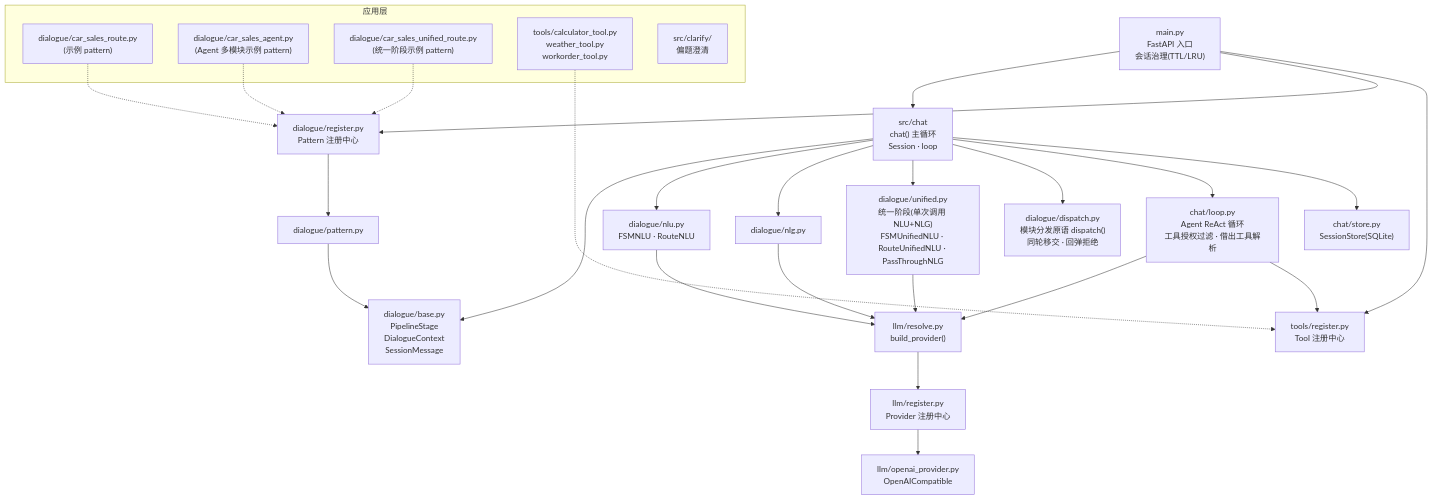
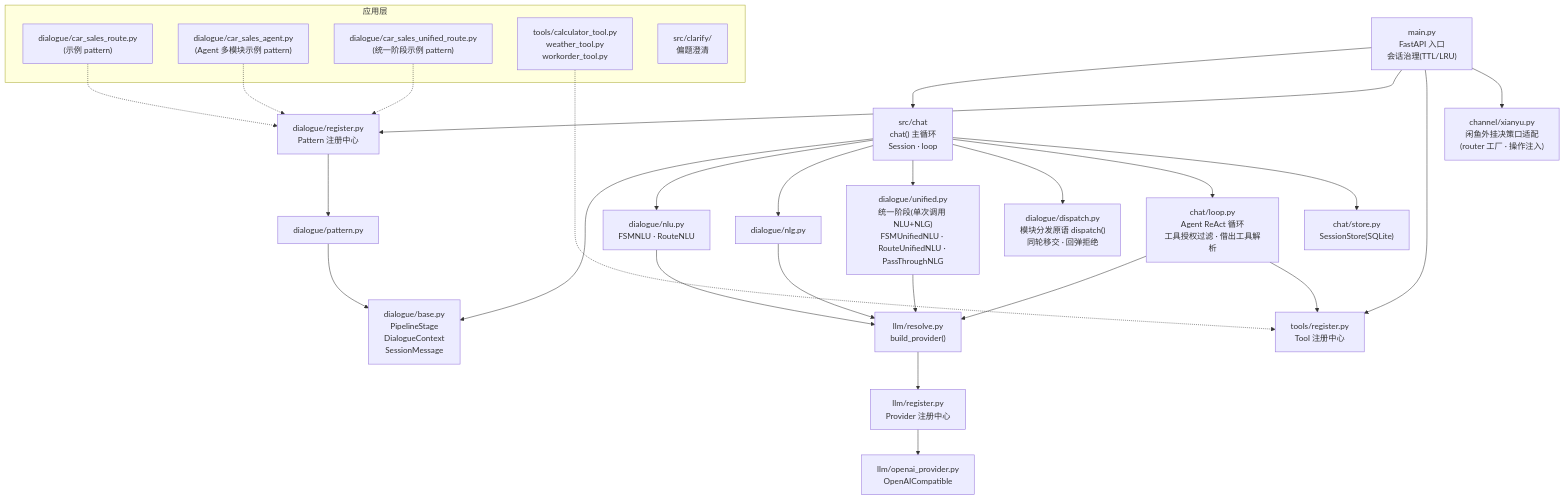
One commit to chengjian2018/hermes-nexus changed the diagram in ARCHITECTURE.md. Above: the diagram before and after it, drawn with Mermaid. The commit also changed other lines of this file and 4 other files, not shown here.

First line of the commit message:
feat(channel): 闲鱼 xianyu-auto-reply 默认回复 API 适配层

````diff
--- a/ARCHITECTURE.md
+++ b/ARCHITECTURE.md
@@ -7,38 +7,39 @@
 ```mermaid
 flowchart TB
     main["main.py<br/>FastAPI 入口<br/>会话治理(TTL/LRU)"] --> chat["src/chat<br/>chat() 主循环<br/>Session · loop"]
     main --> preg["dialogue/register.py<br/>Pattern 注册中心"]
     main --> treg["tools/register.py<br/>Tool 注册中心"]
+    main --> chan["channel/xianyu.py<br/>闲鱼外挂决策口适配<br/>(router 工厂 · 操作注入)"]
 
     chat --> base["dialogue/base.py<br/>PipelineStage<br/>DialogueContext<br/>SessionMessage"]
     chat --> nlu["dialogue/nlu.py<br/>FSMNLU · RouteNLU"]
     chat --> nlg["dialogue/nlg.py"]
     chat --> uni["dialogue/unified.py<br/>统一阶段(单次调用 NLU+NLG)<br/>FSMUnifiedNLU · RouteUnifiedNLU · PassThroughNLG"]
     chat --> disp["dialogue/dispatch.py<br/>模块分发原语 dispatch()<br/>同轮移交 · 回弹拒绝"]
     chat --> loop2["chat/loop.py<br/>Agent ReAct 循环<br/>工具授权过滤 · 借出工具解析"]
     chat --> store["chat/store.py<br/>SessionStore(SQLite)"]
 
     preg --> pattern["dialogue/pattern.py"]
     pattern --> base
 
     nlu --> resolve["llm/resolve.py<br/>build_provider()"]
     nlg --> resolve
     uni --> resolve
     loop2 --> resolve
     loop2 --> treg
 
     resolve --> llmreg["llm/register.py<br/>Provider 注册中心"]
     llmreg --> oai["llm/openai_provider.py<br/>OpenAICompatible"]
 
     subgraph 应用层
         carsales["dialogue/car_sales_route.py<br/>(示例 pattern)"]
         carsalesagent["dialogue/car_sales_agent.py<br/>(Agent 多模块示例 pattern)"]
         carsalesuni["dialogue/car_sales_unified_route.py<br/>(统一阶段示例 pattern)"]
         tools["tools/calculator_tool.py<br/>weather_tool.py<br/>workorder_tool.py"]
         clarify["src/clarify/<br/>偏题澄清"]
     end
     carsales -.-> preg
     carsalesagent -.-> preg
     carsalesuni -.-> preg
     tools -.-> treg
 ```
````
